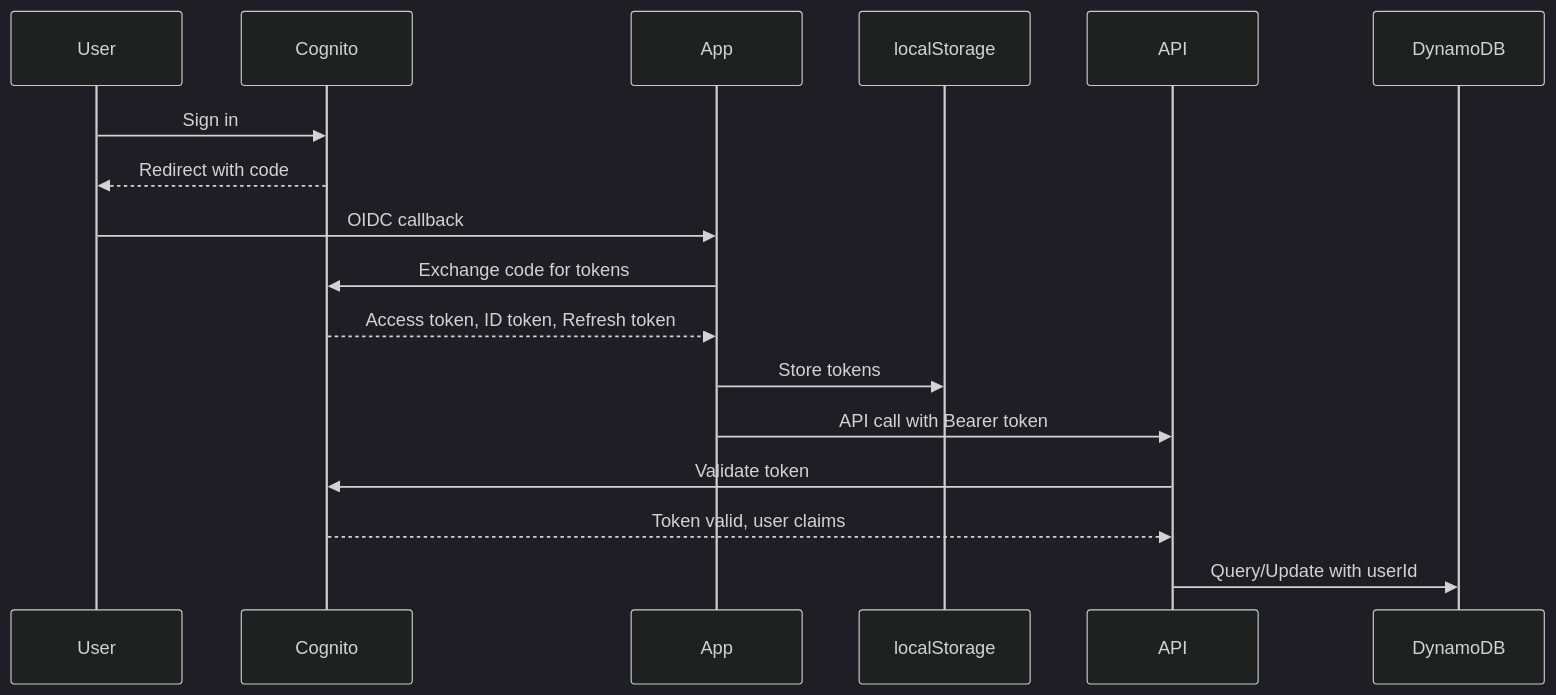
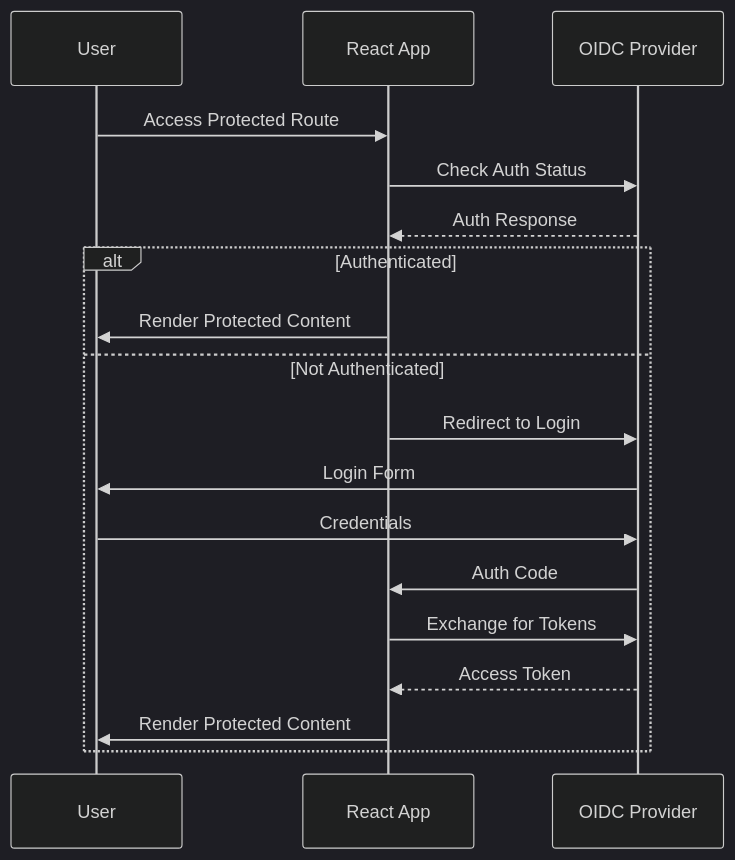
One commit to getOffIt/spellingWebsite changed the third of 3 diagrams in .sop/summary/interfaces.md. Above: the diagram before and after it, drawn with Mermaid (dark theme). The commit also changed other lines of this file and 17 other files, not shown here.

````diff
--- a/.sop/summary/interfaces.md
+++ b/.sop/summary/interfaces.md
@@ -258,13 +248,17 @@
 ```mermaid
 sequenceDiagram
-    User->>Cognito: Sign in
-    Cognito-->>User: Redirect with code
-    User->>App: OIDC callback
-    App->>Cognito: Exchange code for tokens
-    Cognito-->>App: Access token, ID token, Refresh token
-    App->>localStorage: Store tokens
-    App->>API: API call with Bearer token
-    API->>Cognito: Validate token
-    Cognito-->>API: Token valid, user claims
-    API->>DynamoDB: Query/Update with userId
+    User->>React App: Access Protected Route
+    React App->>OIDC Provider: Check Auth Status
+    OIDC Provider-->>React App: Auth Response
+    alt Authenticated
+        React App->>User: Render Protected Content
+    else Not Authenticated
+        React App->>OIDC Provider: Redirect to Login
+        OIDC Provider->>User: Login Form
+        User->>OIDC Provider: Credentials
+        OIDC Provider->>React App: Auth Code
+        React App->>OIDC Provider: Exchange for Tokens
+        OIDC Provider-->>React App: Access Token
+        React App->>User: Render Protected Content
+    end
 ```
````
